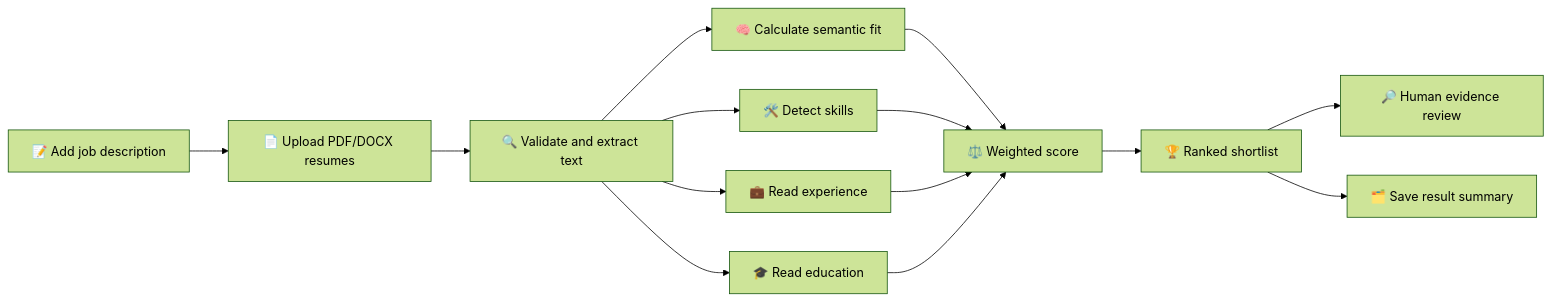
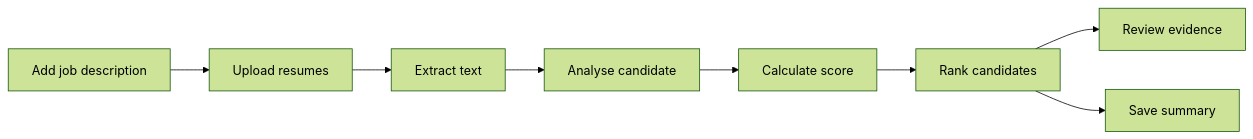
Before and after one commit to rachit1807/resume-ranking-system: the first of 2 diagrams in README.md, drawn with Mermaid (forest theme). The commit also changed other lines of this file, not shown here.

Commit message:
Fix README diagram rendering

````diff
--- a/README.md
+++ b/README.md
@@ -67,16 +68,10 @@
-~~~mermaid
-flowchart LR
-    A[📝 Add job description] --> B[📄 Upload PDF/DOCX resumes]
-    B --> C[🔍 Validate and extract text]
-    C --> D[🧠 Calculate semantic fit]
-    C --> E[🛠️ Detect skills]
-    C --> F[💼 Read experience]
-    C --> G[🎓 Read education]
-    D --> H[⚖️ Weighted score]
-    E --> H
-    F --> H
-    G --> H
-    H --> I[🏆 Ranked shortlist]
-    I --> J[🔎 Human evidence review]
-    I --> K[🗂️ Save result summary]
-~~~
+```mermaid
+graph LR
+    A["Add job description"] --> B["Upload resumes"]
+    B --> C["Extract text"]
+    C --> D["Analyse candidate"]
+    D --> E["Calculate score"]
+    E --> F["Rank candidates"]
+    F --> G["Review evidence"]
+    F --> H["Save summary"]
+```
````
